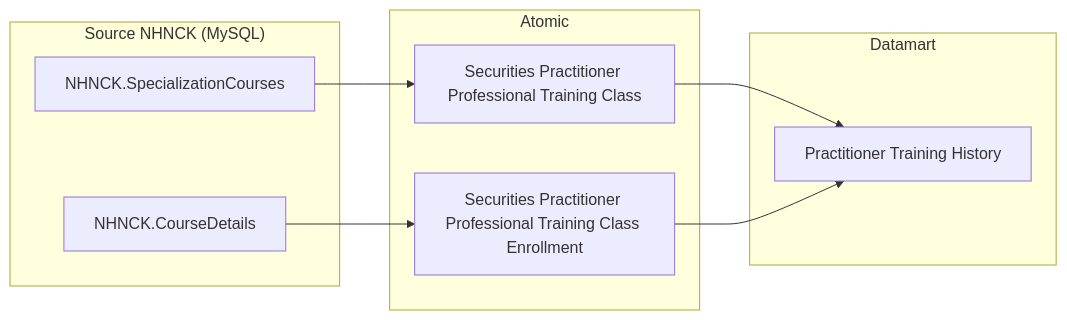
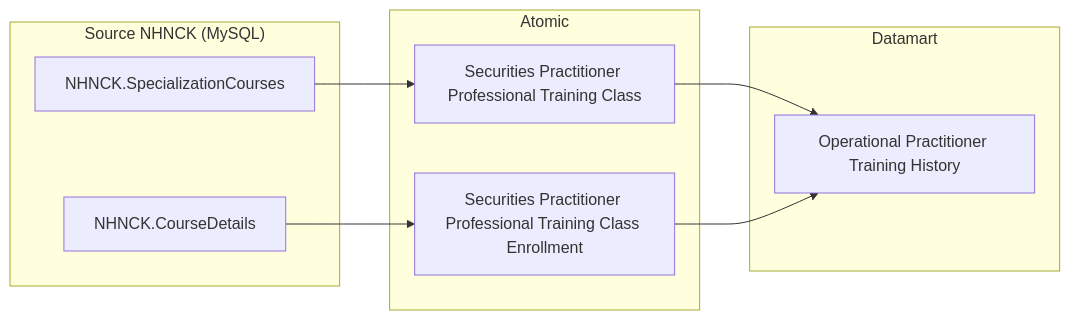
The tenth of 40 diagrams in Datamart/hld/DTM_NHNCK_HLD.md (linhlvit/ubck_atomic_design), drawn with Mermaid before and after one commit. The commit also changed other lines of this file and 52 other files, not shown here.

````diff
--- a/Datamart/hld/DTM_NHNCK_HLD.md
+++ b/Datamart/hld/DTM_NHNCK_HLD.md
@@ -310,22 +310,22 @@
 ```mermaid
 flowchart LR
     subgraph SRC["Source NHNCK (MySQL)"]
         S1["NHNCK.SpecializationCourses"]
         S2["NHNCK.CourseDetails"]
     end
 
     subgraph SIL["Atomic"]
         SV1["Securities Practitioner Professional Training Class"]
         SV2["Securities Practitioner Professional Training Class Enrollment"]
     end
 
     subgraph Datamart["Datamart"]
-        G1["Practitioner Training History"]
+        G1["Operational Practitioner Training History"]
     end
 
     S1 --> SV1
     S2 --> SV2
 
     SV1 --> G1
     SV2 --> G1
 ```
````
